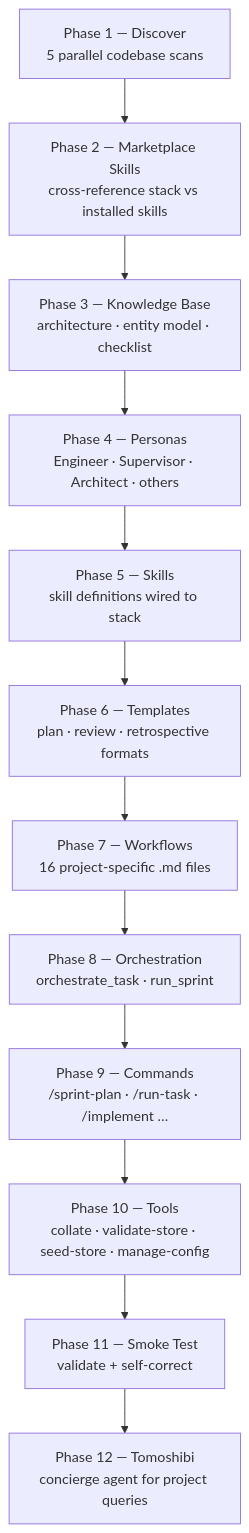
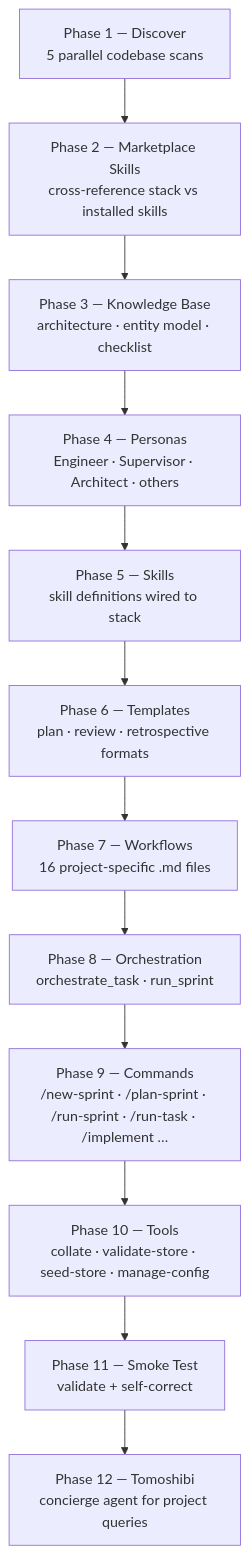
One commit to Entelligentsia/forge changed the diagram in docs/commands/forge/init.md. Above: the diagram before and after it, drawn with Mermaid. The commit also changed other lines of this file and 40 other files, not shown here.

````diff
--- a/docs/commands/forge/init.md
+++ b/docs/commands/forge/init.md
@@ -50,15 +29,15 @@
 ```mermaid
 flowchart TD
     P1["Phase 1 — Discover\n5 parallel codebase scans"] --> P2
     P2["Phase 2 — Marketplace Skills\ncross-reference stack vs installed skills"] --> P3
     P3["Phase 3 — Knowledge Base\narchitecture · entity model · checklist"] --> P4
     P4["Phase 4 — Personas\nEngineer · Supervisor · Architect · others"] --> P5
     P5["Phase 5 — Skills\nskill definitions wired to stack"] --> P6
     P6["Phase 6 — Templates\nplan · review · retrospective formats"] --> P7
     P7["Phase 7 — Workflows\n16 project-specific .md files"] --> P8
     P8["Phase 8 — Orchestration\norchestrate_task · run_sprint"] --> P9
-    P9["Phase 9 — Commands\n/sprint-plan · /run-task · /implement …"] --> P10
+    P9["Phase 9 — Commands\n/new-sprint · /plan-sprint · /run-sprint · /run-task · /implement …"] --> P10
     P10["Phase 10 — Tools\ncollate · validate-store · seed-store · manage-config"] --> P11
     P11["Phase 11 — Smoke Test\nvalidate + self-correct"] --> P12
     P12["Phase 12 — Tomoshibi\nconcierge agent for project queries"]
 ```
````
